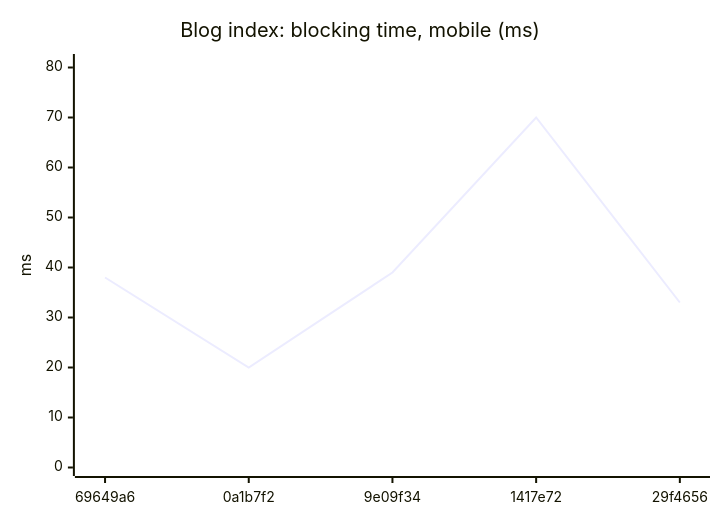
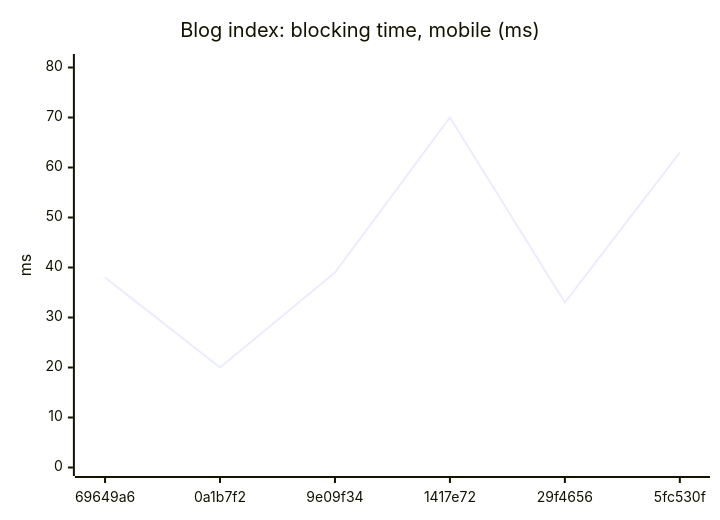
Before and after one commit to AxelUser/maltsev.space: the fourth of 18 diagrams in README.md, drawn with Mermaid. The commit also changed other lines of this file and 1 other file, not shown here.

````diff
--- a/README.md
+++ b/README.md
@@ -61,7 +61,7 @@
 ```mermaid
 xychart-beta
   title "Blog index: blocking time, mobile (ms)"
-  x-axis ["69649a6", "0a1b7f2", "9e09f34", "1417e72", "29f4656"]
+  x-axis ["69649a6", "0a1b7f2", "9e09f34", "1417e72", "29f4656", "5fc530f"]
   y-axis "ms" 0 --> 81
-  line [38, 20, 39, 70, 33]
+  line [38, 20, 39, 70, 33, 63]
 ```
````
